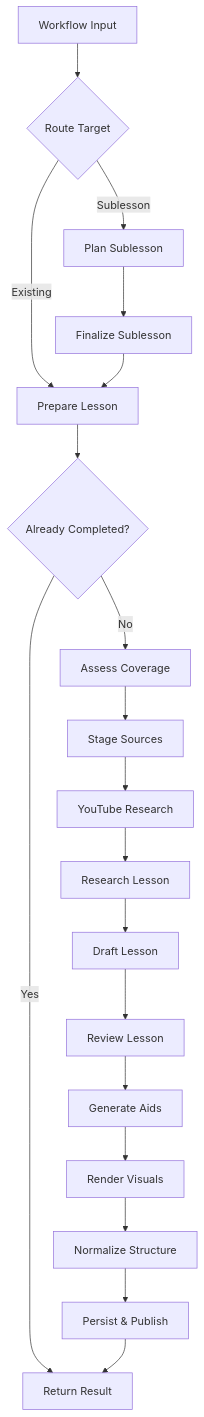
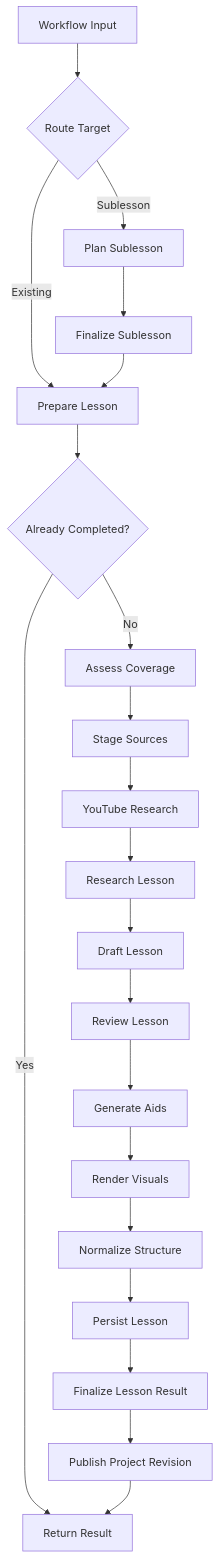
One commit to immagiov4/Nous changed the first of 2 diagrams in .cubic/wiki/03-section-features/02-p-lesson-gen.md. Above: the diagram before and after it, drawn with Mermaid. The commit also changed other lines of this file and 21 other files, not shown here.

````diff
--- a/.cubic/wiki/03-section-features/02-p-lesson-gen.md
+++ b/.cubic/wiki/03-section-features/02-p-lesson-gen.md
@@ -33,24 +37,26 @@
 ```mermaid
 flowchart TD
     Start[Workflow Input] --> RouteTarget{Route Target}
     RouteTarget -->|Existing| Prepare[Prepare Lesson]
     RouteTarget -->|Sublesson| PlanSub[Plan Sublesson]
     
     PlanSub --> FinalizeSub[Finalize Sublesson]
     FinalizeSub --> Prepare
     
     Prepare --> RoutePrepared{Already Completed?}
     RoutePrepared -->|Yes| End[Return Result]
     RoutePrepared -->|No| Coverage[Assess Coverage]
     
     Coverage --> Sources[Stage Sources]
     Sources --> YTResearch[YouTube Research]
     YTResearch --> Research[Research Lesson]
     Research --> Draft[Draft Lesson]
     Draft --> Review[Review Lesson]
     Review --> Aids[Generate Aids]
     Aids --> Visuals[Render Visuals]
     Visuals --> Normalize[Normalize Structure]
-    Normalize --> Persist[Persist & Publish]
-    Persist --> End
+    Normalize --> Persist[Persist Lesson]
+    Persist --> Finalize[Finalize Lesson Result]
+    Finalize --> Publish[Publish Project Revision]
+    Publish --> End
 ```
````
